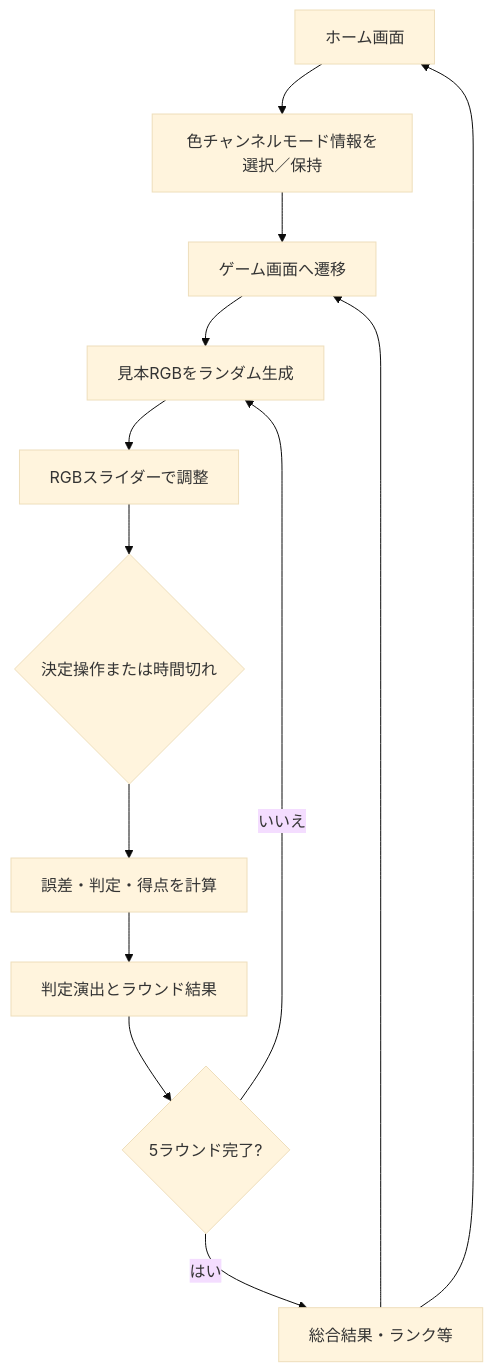
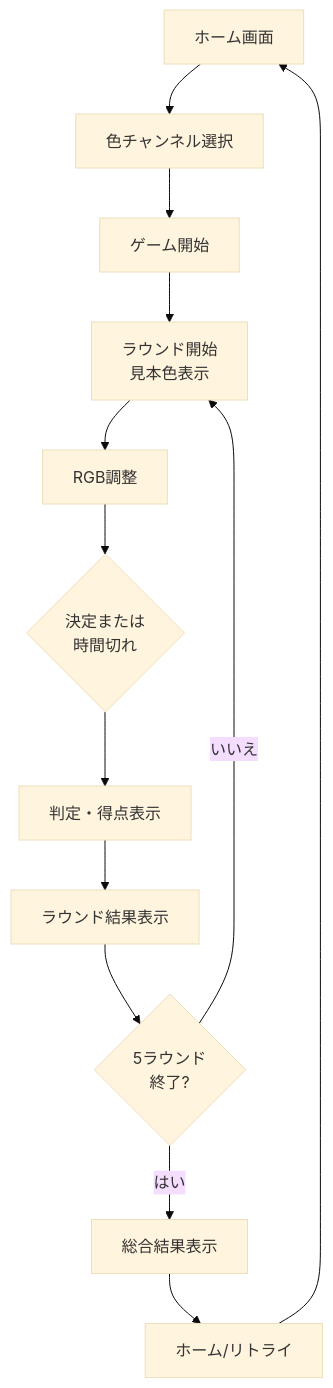
Before and after one commit to HinataPiyo/AbsoluteColor: the diagram in Documentation/GameDesignDocument.md, drawn with Mermaid (base theme). The commit also changed other lines of this file and 10 other files, not shown here.

````diff
--- a/Documentation/GameDesignDocument.md
+++ b/Documentation/GameDesignDocument.md
@@ -25,15 +9,27 @@
 ```mermaid
 flowchart TD
-    H[ホーム画面] --> M[色チャンネルモード情報を選択／保持]
-    M --> G[ゲーム画面へ遷移]
-    G --> T[見本RGBをランダム生成]
-    T --> A[RGBスライダーで調整]
-    A --> D{決定操作または時間切れ}
-    D --> R[誤差・判定・得点を計算]
-    R --> V[判定演出とラウンド結果]
-    V --> N{5ラウンド完了?}
-    N -- いいえ --> T
-    N -- はい --> F[総合結果・ランク等]
-    F --> H
-    F --> G
+    H["ホーム画面"] 
+    S["色チャンネル選択"]
+    G["ゲーム開始"]
+    T["ラウンド開始<br/>見本色表示"]
+    A["RGB調整"]
+    D{"決定または<br/>時間切れ"}
+    J["判定・得点表示"]
+    R["ラウンド結果表示"]
+    N{"5ラウンド<br/>終了?"}
+    F["総合結果表示"]
+    E["ホーム/リトライ"]
+    
+    H --> S
+    S --> G
+    G --> T
+    T --> A
+    A --> D
+    D --> J
+    J --> R
+    R --> N
+    N -->|いいえ| T
+    N -->|はい| F
+    F --> E
+    E --> H
 ```
````
